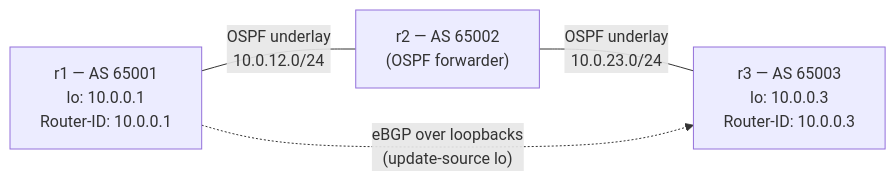
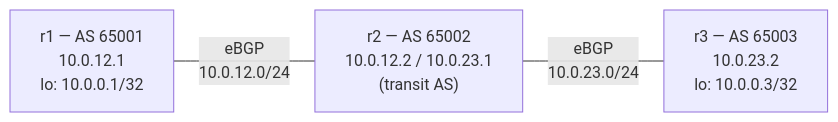
Before and after one commit to marinme/modern_network_engineer: the diagram in labs/lab-a04-routing/lab-3-bgp.md, drawn with Mermaid. The commit also changed other lines of this file and 17 other files, not shown here.

````diff
--- a/labs/lab-a04-routing/lab-3-bgp.md
+++ b/labs/lab-a04-routing/lab-3-bgp.md
@@ -11,9 +11,8 @@
 ```mermaid
 graph LR
-    r1["r1 — AS 65001\nlo: 10.0.0.1\nRouter-ID: 10.0.0.1"]
-    r2["r2 — AS 65002\n(OSPF forwarder)"]
-    r3["r3 — AS 65003\nlo: 10.0.0.3\nRouter-ID: 10.0.0.3"]
-    r1 -- "OSPF underlay\n10.0.12.0/24" --- r2
-    r2 -- "OSPF underlay\n10.0.23.0/24" --- r3
-    r1 -. "eBGP over loopbacks\n(update-source lo)" .-> r3
+    r1["r1 — AS 65001\n10.0.12.1\nlo: 10.0.0.1/32"]
+    r2["r2 — AS 65002\n10.0.12.2 / 10.0.23.1\n(transit AS)"]
+    r3["r3 — AS 65003\n10.0.23.2\nlo: 10.0.0.3/32"]
+    r1 -- "eBGP\n10.0.12.0/24" --- r2
+    r2 -- "eBGP\n10.0.23.0/24" --- r3
 ```
````
